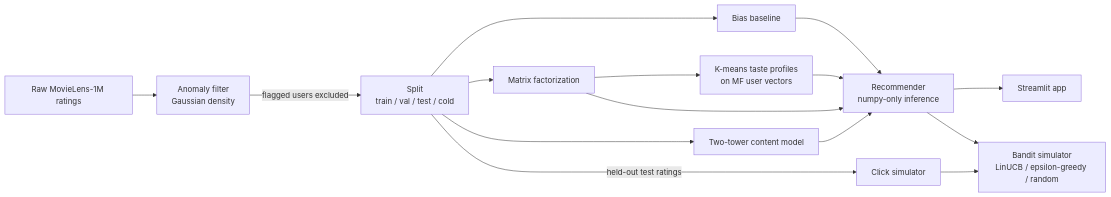
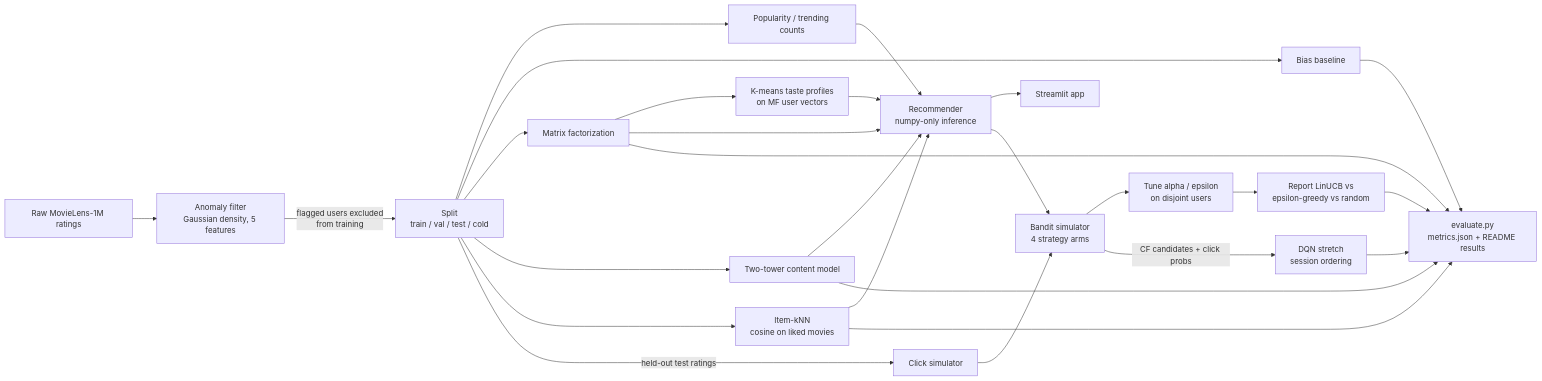
One commit to fatemeabedii/cinematch changed the diagram in README.md. Above: the diagram before and after it, drawn with Mermaid. The commit also changed other lines of this file and 39 other files, not shown here.

````diff
--- a/README.md
+++ b/README.md
@@ -35,17 +42,29 @@
 ```mermaid
 flowchart LR
-    A[Raw MovieLens-1M ratings] --> B[Anomaly filter<br/>Gaussian density]
-    B -->|flagged users excluded| C[Split<br/>train / val / test / cold]
+    A[Raw MovieLens-1M ratings] --> B[Anomaly filter<br/>Gaussian density, 5 features]
+    B -->|flagged users excluded<br/>from training| C[Split<br/>train / val / test / cold]
+    C --> D0[Popularity / trending counts]
     C --> D1[Bias baseline]
     C --> D2[Matrix factorization]
     C --> D3[Two-tower content model]
+    C --> D4[Item-kNN<br/>cosine on liked movies]
     D2 --> E[K-means taste profiles<br/>on MF user vectors]
-    D1 --> F[Recommender<br/>numpy-only inference]
+    D0 --> F[Recommender<br/>numpy-only inference]
     D2 --> F
     D3 --> F
+    D4 --> F
     E --> F
     F --> G[Streamlit app]
-    F --> H[Bandit simulator<br/>LinUCB / epsilon-greedy / random]
+    F --> H[Bandit simulator<br/>4 strategy arms]
     C -->|held-out test ratings| I[Click simulator]
     I --> H
+    H --> T[Tune alpha / epsilon<br/>on disjoint users]
+    T --> R[Report LinUCB vs<br/>epsilon-greedy vs random]
+    H -->|CF candidates + click probs| Q[DQN stretch<br/>session ordering]
+    D1 --> V[evaluate.py<br/>metrics.json + README results]
+    D2 --> V
+    D3 --> V
+    D4 --> V
+    R --> V
+    Q --> V
 ```
````
